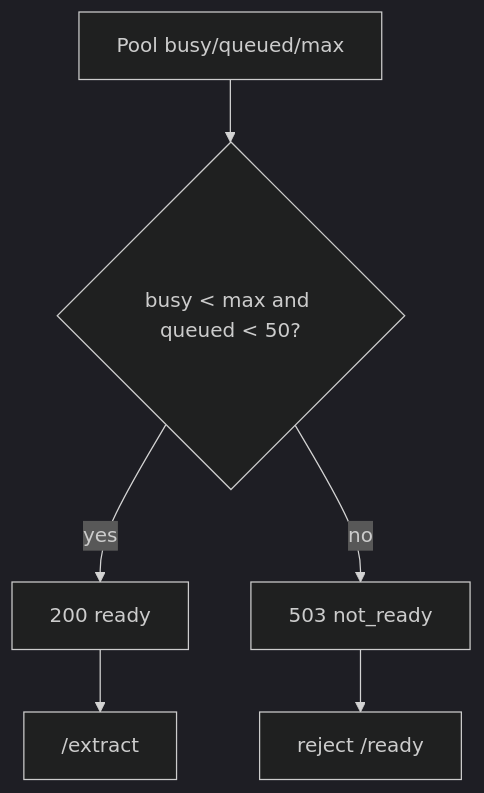
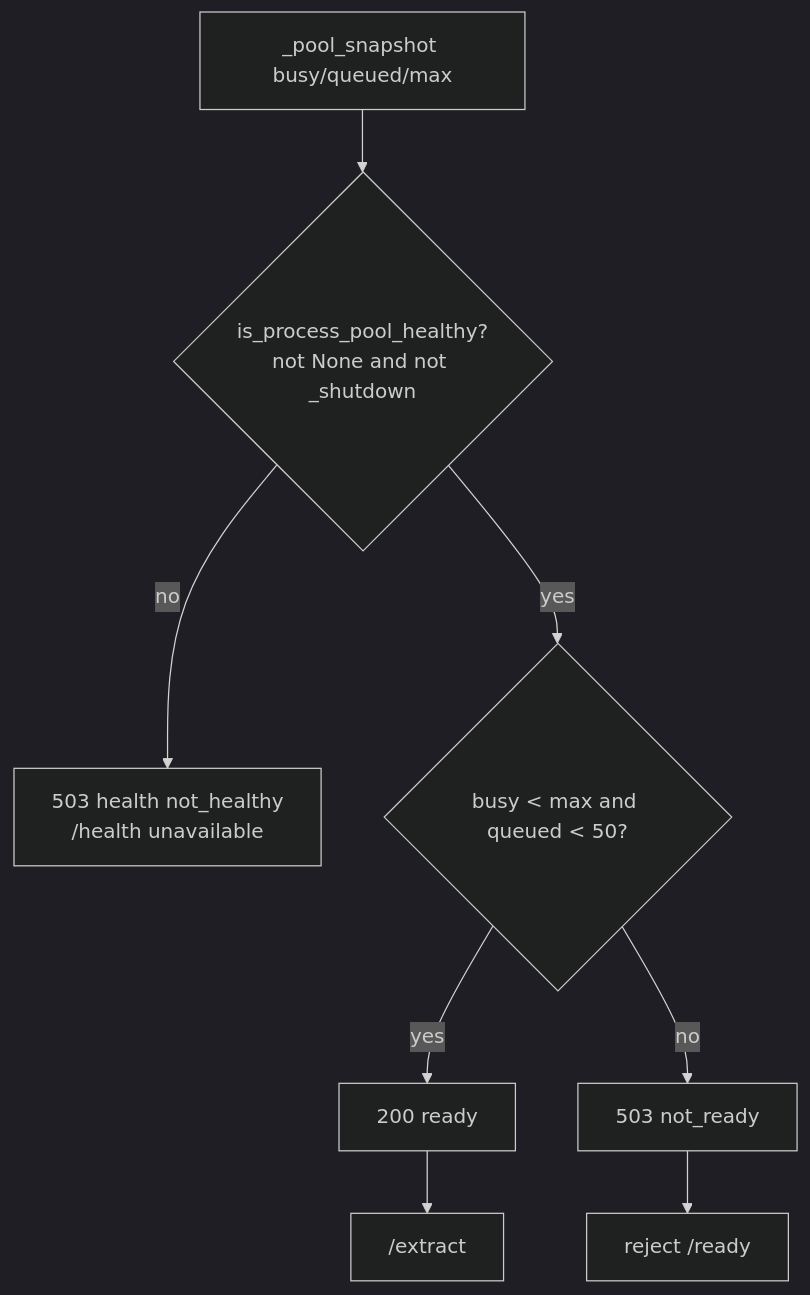
The third of 4 diagrams in services/document-parser/docs/01-architecture.md (kunalPisolkar24/detectAI), drawn with Mermaid (dark theme) before and after one commit. The commit also changed other lines of this file and 4 other files, not shown here.

````diff
--- a/services/document-parser/docs/01-architecture.md
+++ b/services/document-parser/docs/01-architecture.md
@@ -41,8 +44,10 @@
 ```mermaid
 graph TB
-    PoolState["Pool busy/queued/max"] --> Check{"busy < max and queued < 50?"}
+    PoolState["_pool_snapshot busy/queued/max"] --> Health{"is_process_pool_healthy?<br/>not None and not _shutdown"}
+    Health -->|no| Unavail["503 health not_healthy<br/>/health unavailable"]
+    Health -->|yes| Check{"busy < max and queued < 50?"}
     Check -->|yes| Ready["200 ready"]
     Check -->|no| NotReady["503 not_ready"]
     Ready --> EP["/extract"]
     NotReady --> Block["reject /ready"]
 ```
````
